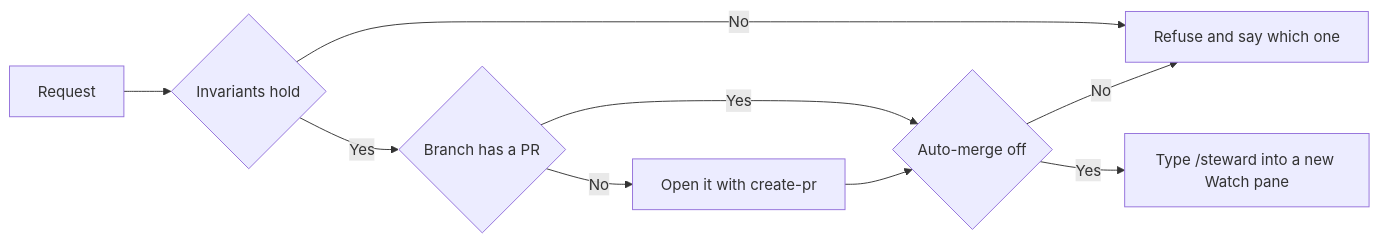
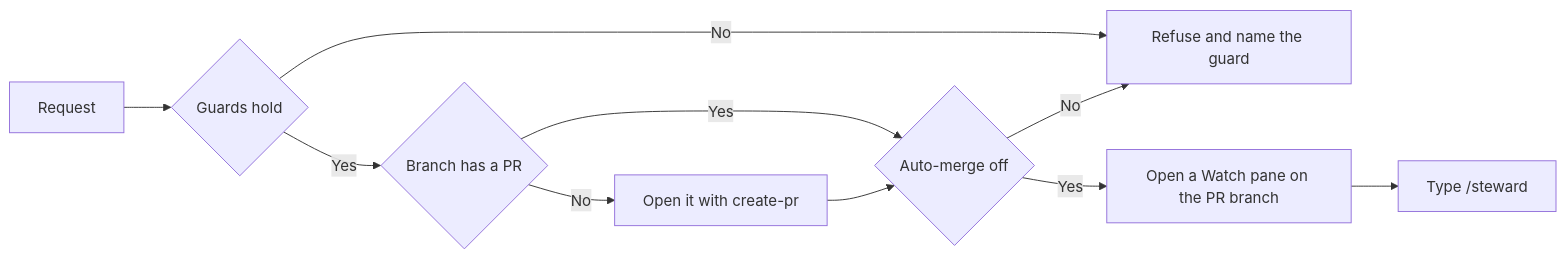
The second of 2 diagrams in docs/design/claude-watch.md (maro114510/skills), drawn with Mermaid before and after one commit. The commit also changed other lines of this file, not shown here.

First line of the commit message:
docs(design): rework claude-watch around guards it adds and signals Claude Code gives

````diff
--- a/docs/design/claude-watch.md
+++ b/docs/design/claude-watch.md
@@ -42,11 +44,12 @@
 ```mermaid
 flowchart LR
-    R[Request] --> G{Invariants hold}
-    G -->|No| X[Refuse and say which one]
+    R[Request] --> G{Guards hold}
+    G -->|No| X[Refuse and name the guard]
     G -->|Yes| P{Branch has a PR}
     P -->|No| C[Open it with create-pr]
     P -->|Yes| A{Auto-merge off}
     C --> A
     A -->|No| X
-    A -->|Yes| S[Type /steward into a new Watch pane]
+    A -->|Yes| W[Open a Watch pane on the PR branch]
+    W --> S[Type /steward]
 ```
````
